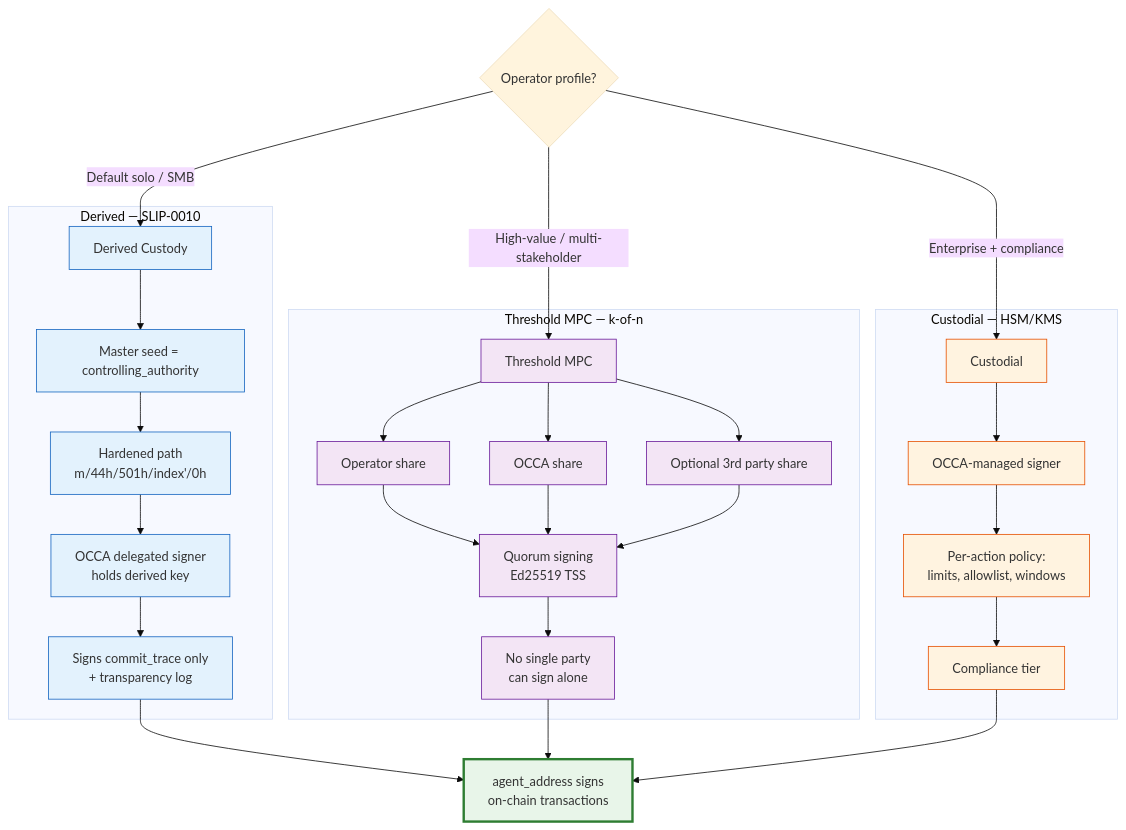
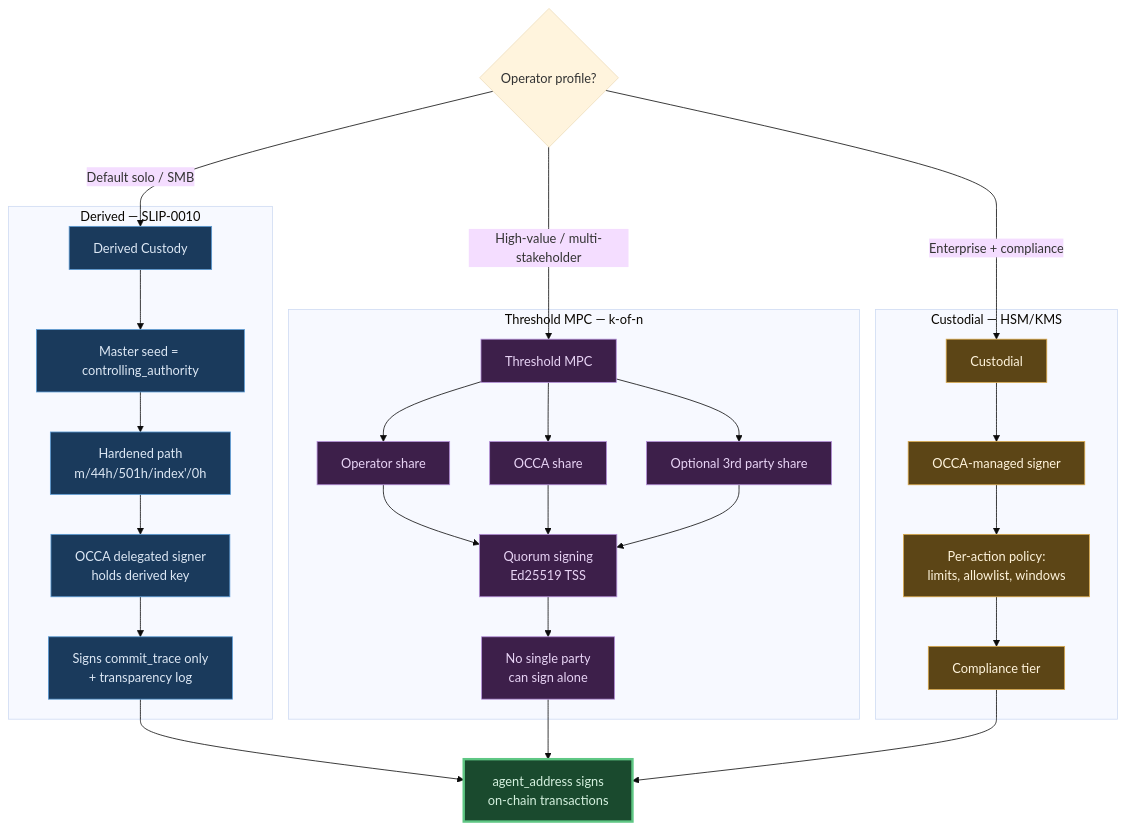
One commit to Occa-Labs/occa-core changed the diagram in docs/diagrams/identity-custody.mmd. Above: the diagram before and after it, drawn with Mermaid (base theme). The commit also changed 105 other files, not shown here.

```diff
--- a/docs/diagrams/identity-custody.mmd
+++ b/docs/diagrams/identity-custody.mmd
@@ -1,43 +1,43 @@
 flowchart TB
     Q{Operator profile?}
 
     Q -->|Default solo / SMB| D[Derived Custody]
     Q -->|High-value / multi-stakeholder| M[Threshold MPC]
     Q -->|Enterprise + compliance| C[Custodial]
 
     subgraph Derived["Derived — SLIP-0010"]
         D --> D1[Master seed = controlling_authority]
         D1 --> D2[Hardened path<br/>m/44h/501h/index'/0h]
         D2 --> D3[OCCA delegated signer<br/>holds derived key]
         D3 --> D4[Signs commit_trace only<br/>+ transparency log]
     end
 
     subgraph MPC["Threshold MPC — k-of-n"]
         M --> M1[Operator share]
         M --> M2[OCCA share]
         M --> M3[Optional 3rd party share]
         M1 --> M4[Quorum signing<br/>Ed25519 TSS]
         M2 --> M4
         M3 --> M4
         M4 --> M5[No single party<br/>can sign alone]
     end
 
     subgraph Custodial["Custodial — HSM/KMS"]
         C --> C1[OCCA-managed signer]
         C1 --> C2[Per-action policy:<br/>limits, allowlist, windows]
         C2 --> C3[Compliance tier]
     end
 
     D4 --> OUT[agent_address signs<br/>on-chain transactions]
     M5 --> OUT
     C3 --> OUT
 
-    classDef derived fill:#e3f2fd,stroke:#1565c0
-    classDef mpc fill:#f3e5f5,stroke:#6a1b9a
-    classDef custodial fill:#fff3e0,stroke:#e65100
-    classDef out fill:#e8f5e9,stroke:#2e7d32,stroke-width:3px
+    classDef derived fill:#1a3a5c,stroke:#5b9bd5,color:#dde8f5
+    classDef mpc fill:#3d1f4a,stroke:#b48fd9,color:#e8d4f5
+    classDef custodial fill:#5c4516,stroke:#d9a84a,color:#fff4dc
+    classDef out fill:#1a4a2e,stroke:#5fc784,color:#d4f0de,stroke-width:3px
 
     class D,D1,D2,D3,D4 derived
     class M,M1,M2,M3,M4,M5 mpc
     class C,C1,C2,C3 custodial
     class OUT out
```
